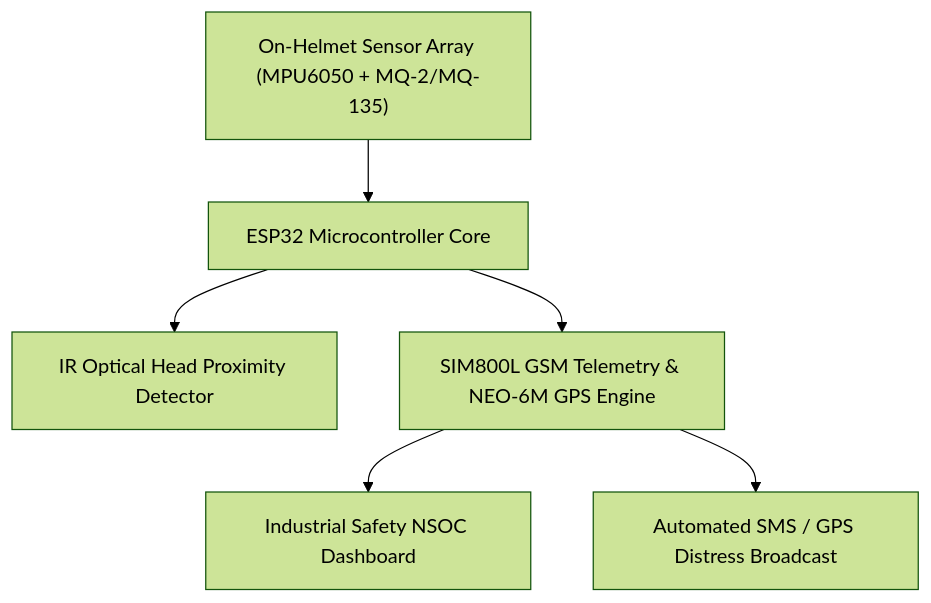
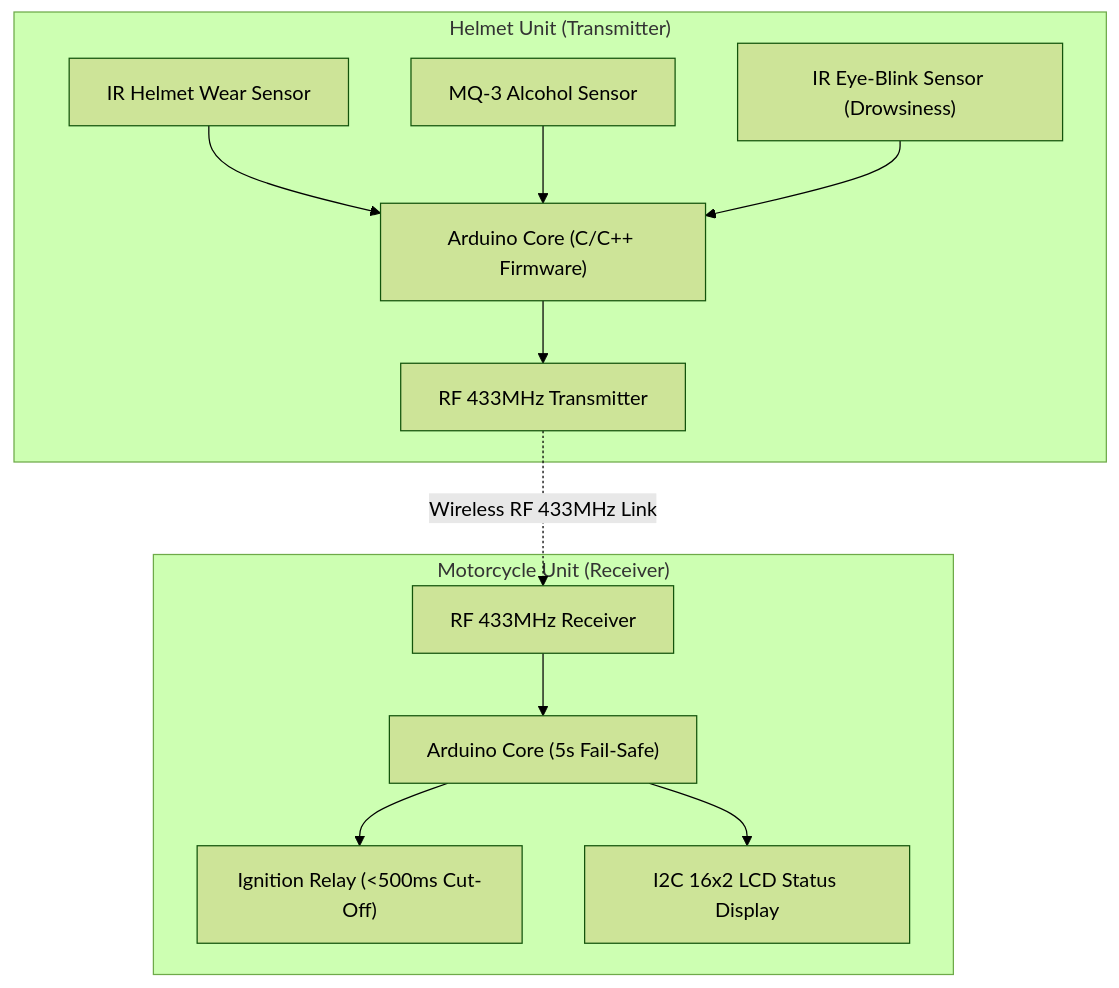
Before and after one commit to Tharun4743/AGILE-INNOVATORS-smart-helmet-: the first of 2 diagrams in README.md, drawn with Mermaid (forest theme). The commit also changed other lines of this file, not shown here.

Commit message:
docs(readme): add architecture and workflow mermaid diagrams with calibrated 9,500-char specification

````diff
--- a/README.md
+++ b/README.md
@@ -57,8 +57,15 @@
 ```mermaid
 graph TD
-    Sensors["On-Helmet Sensor Array (MPU6050 + MQ-2/MQ-135)"] --> MCU["ESP32 Microcontroller Core"]
-    MCU --> Optical["IR Optical Head Proximity Detector"]
-    MCU --> Cellular["SIM800L GSM Telemetry & NEO-6M GPS Engine"]
-    Cellular --> Command["Industrial Safety NSOC Dashboard"]
-    Cellular --> Emergency["Automated SMS / GPS Distress Broadcast"]
+    subgraph HelmetTX["Helmet Unit (Transmitter)"]
+        IRWear["IR Helmet Wear Sensor"] --> ArduinoTX["Arduino Core (C/C++ Firmware)"]
+        MQ3["MQ-3 Alcohol Sensor"] --> ArduinoTX
+        Blink["IR Eye-Blink Sensor (Drowsiness)"] --> ArduinoTX
+        ArduinoTX --> RFTX["RF 433MHz Transmitter"]
+    end
+    subgraph BikeRX["Motorcycle Unit (Receiver)"]
+        RFRX["RF 433MHz Receiver"] --> ArduinoRX["Arduino Core (5s Fail-Safe)"]
+        ArduinoRX --> Relay["Ignition Relay (<500ms Cut-Off)"]
+        ArduinoRX --> LCD["I2C 16x2 LCD Status Display"]
+    end
+    RFTX -.->|"Wireless RF 433MHz Link"| RFRX
 ```
````
